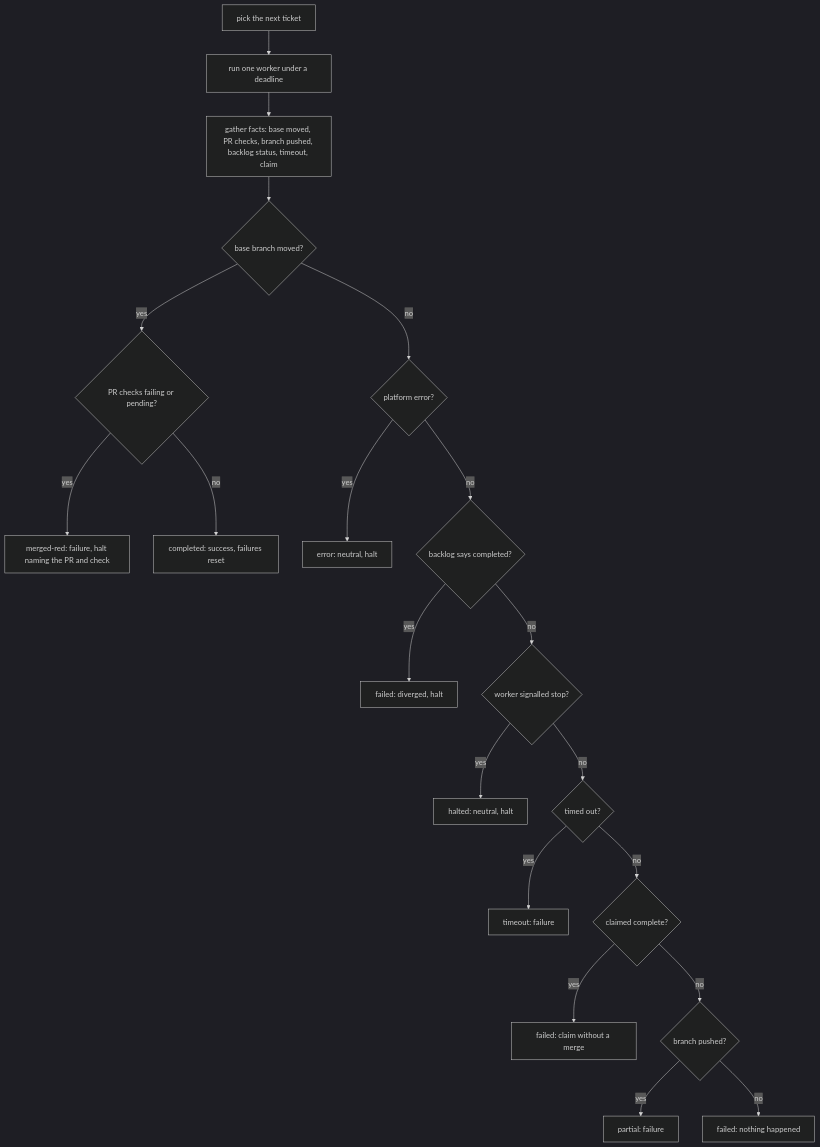
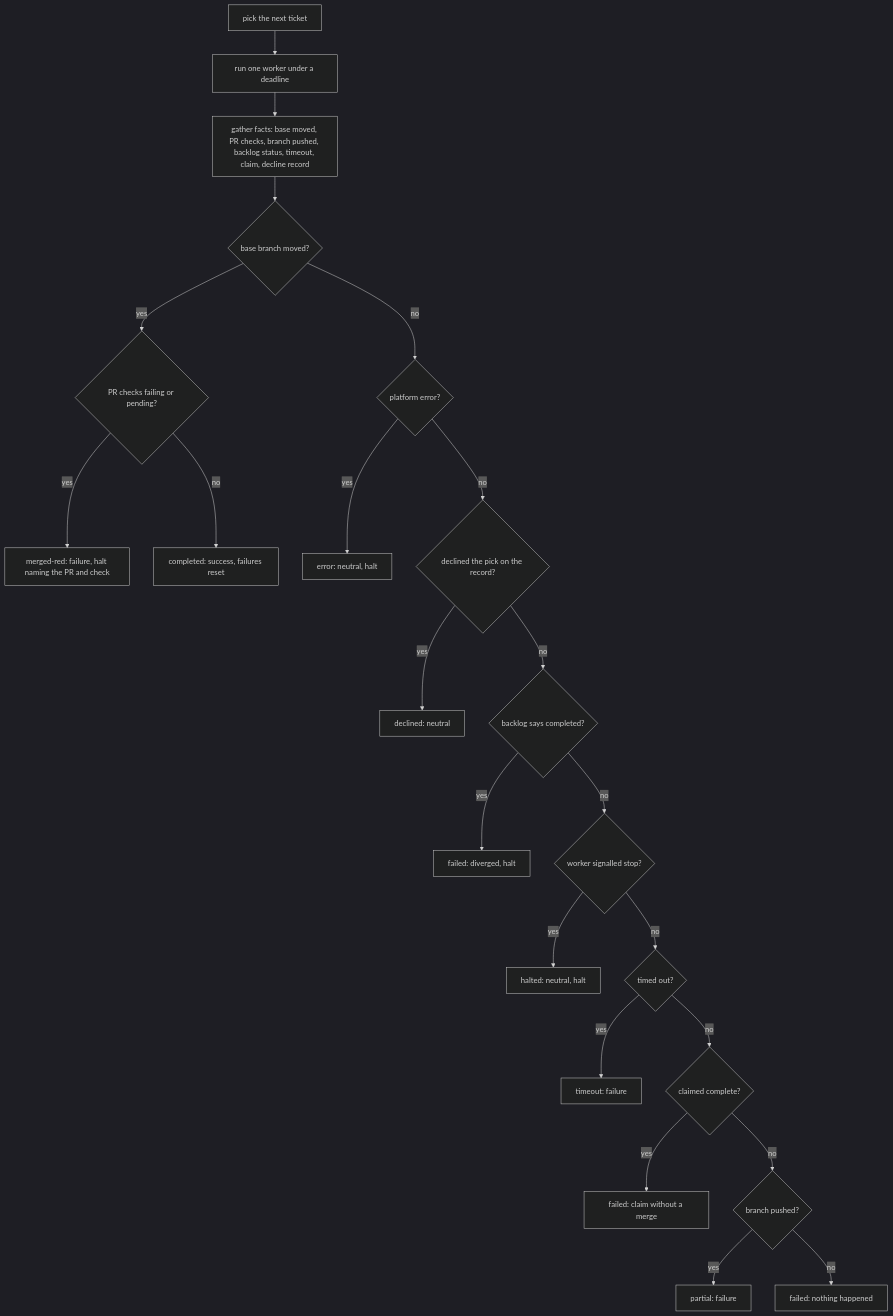
The third of 3 diagrams in docs/02-the-loop.md (diegoaltoworks/forger), drawn with Mermaid (dark theme) before and after one commit. The commit also changed other lines of this file and 8 other files, not shown here.

````diff
--- a/docs/02-the-loop.md
+++ b/docs/02-the-loop.md
@@ -100,22 +100,24 @@
 ```mermaid
 flowchart TD
     S[pick the next ticket] --> W[run one worker under a deadline]
-    W --> F[gather facts: base moved, PR checks, branch pushed, backlog status, timeout, claim]
+    W --> F[gather facts: base moved, PR checks, branch pushed, backlog status, timeout, claim, decline record]
     F --> M{base branch moved?}
     M -- yes --> R{PR checks failing or pending?}
     R -- yes --> MR[merged-red: failure, halt naming the PR and check]
     R -- no --> OK[completed: success, failures reset]
     M -- no --> I{platform error?}
     I -- yes --> E[error: neutral, halt]
-    I -- no --> D{backlog says completed?}
+    I -- no --> DC{declined the pick on the record?}
+    DC -- yes --> DE[declined: neutral]
+    DC -- no --> D{backlog says completed?}
     D -- yes --> X[failed: diverged, halt]
     D -- no --> H{worker signalled stop?}
     H -- yes --> HL[halted: neutral, halt]
     H -- no --> T{timed out?}
     T -- yes --> TO[timeout: failure]
     T -- no --> C{claimed complete?}
     C -- yes --> FC[failed: claim without a merge]
     C -- no --> P{branch pushed?}
     P -- yes --> PA[partial: failure]
     P -- no --> FN[failed: nothing happened]
 ```
````
